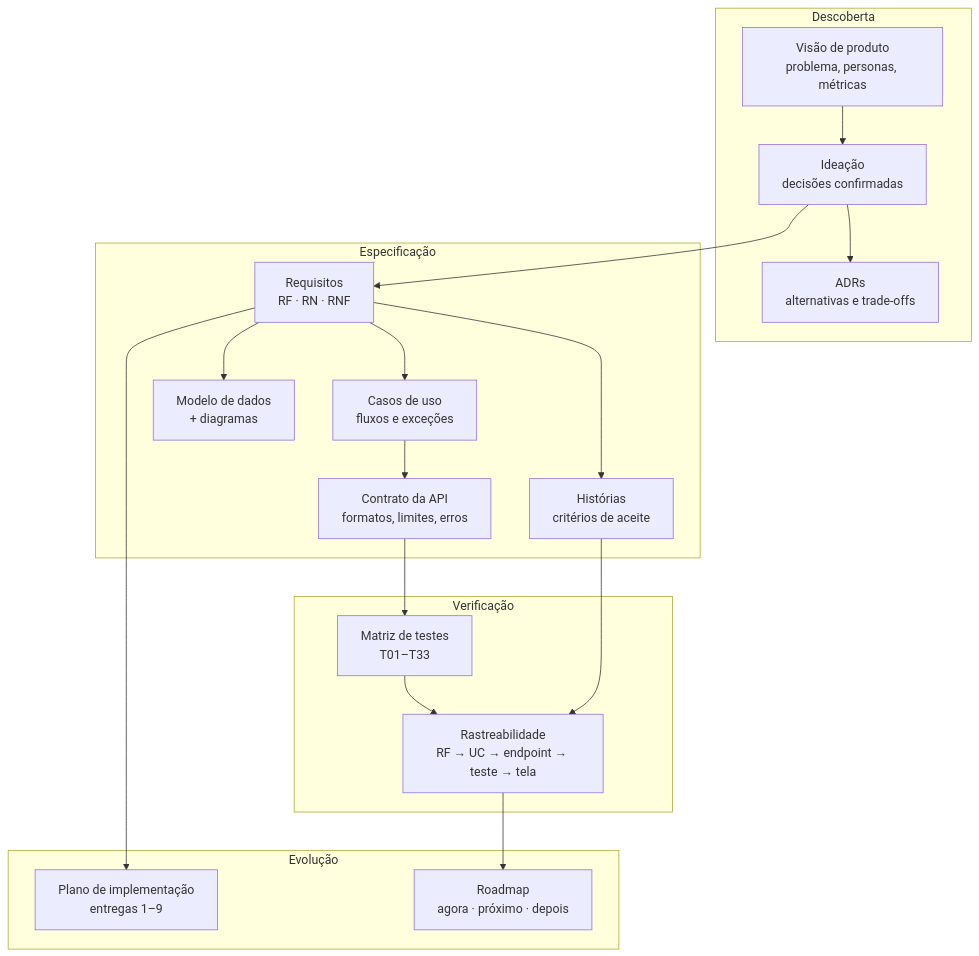
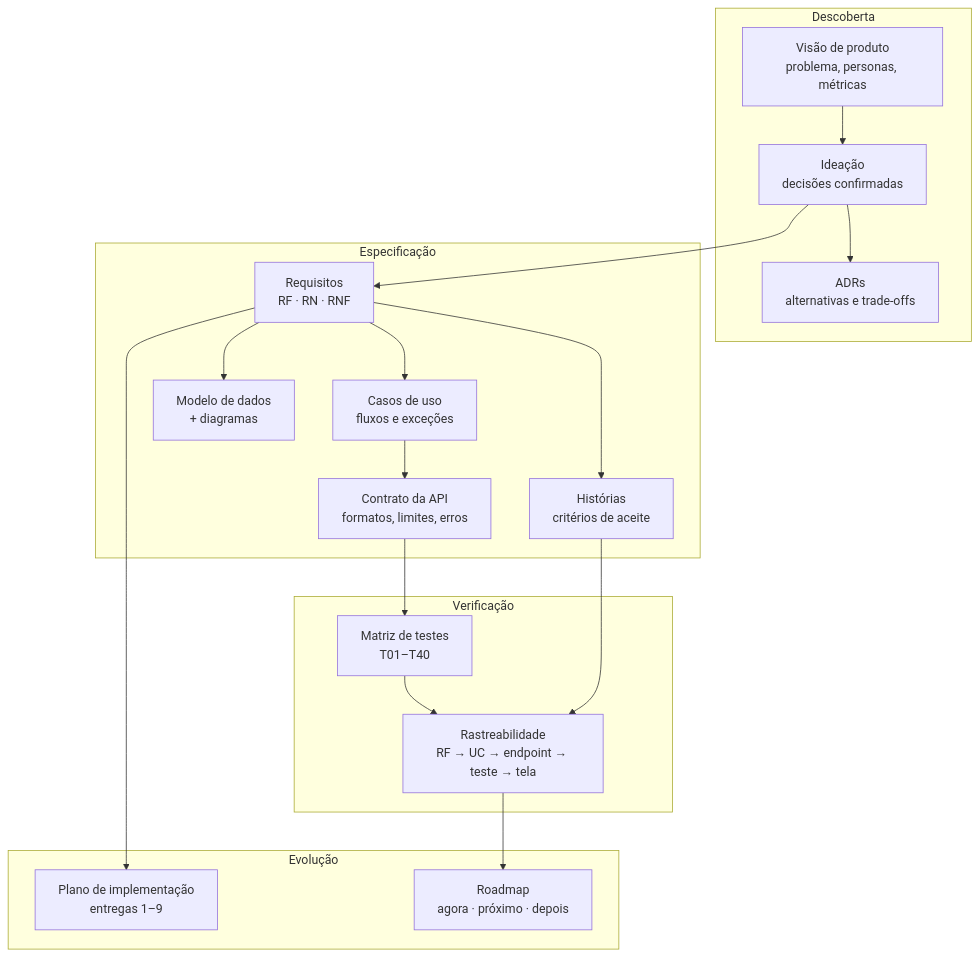
Before and after one commit to vsys-val/fastapi-merchant-app: the diagram in docs/README.md, drawn with Mermaid. The commit also changed other lines of this file and 15 other files, not shown here.

````diff
--- a/docs/README.md
+++ b/docs/README.md
@@ -17,32 +17,32 @@
 ```mermaid
 flowchart TB
   subgraph Descoberta
     VP[Visão de produto<br/>problema, personas, métricas]
     ID[Ideação<br/>decisões confirmadas]
     ADR[ADRs<br/>alternativas e trade-offs]
   end
   subgraph Especificação
     RQ[Requisitos<br/>RF · RN · RNF]
     US[Histórias<br/>critérios de aceite]
     UC[Casos de uso<br/>fluxos e exceções]
     CT[Contrato da API<br/>formatos, limites, erros]
     MD[Modelo de dados<br/>+ diagramas]
   end
   subgraph Verificação
-    MT[Matriz de testes<br/>T01–T33]
+    MT[Matriz de testes<br/>T01–T40]
     RT[Rastreabilidade<br/>RF → UC → endpoint → teste → tela]
   end
   subgraph Evolução
     PL[Plano de implementação<br/>entregas 1–9]
     RM[Roadmap<br/>agora · próximo · depois]
   end
   VP --> ID --> ADR
   ID --> RQ
   RQ --> US & UC
   UC --> CT --> MT
   RQ --> MD
   MT --> RT
   US --> RT
   RT --> RM
   RQ --> PL
 ```
````
